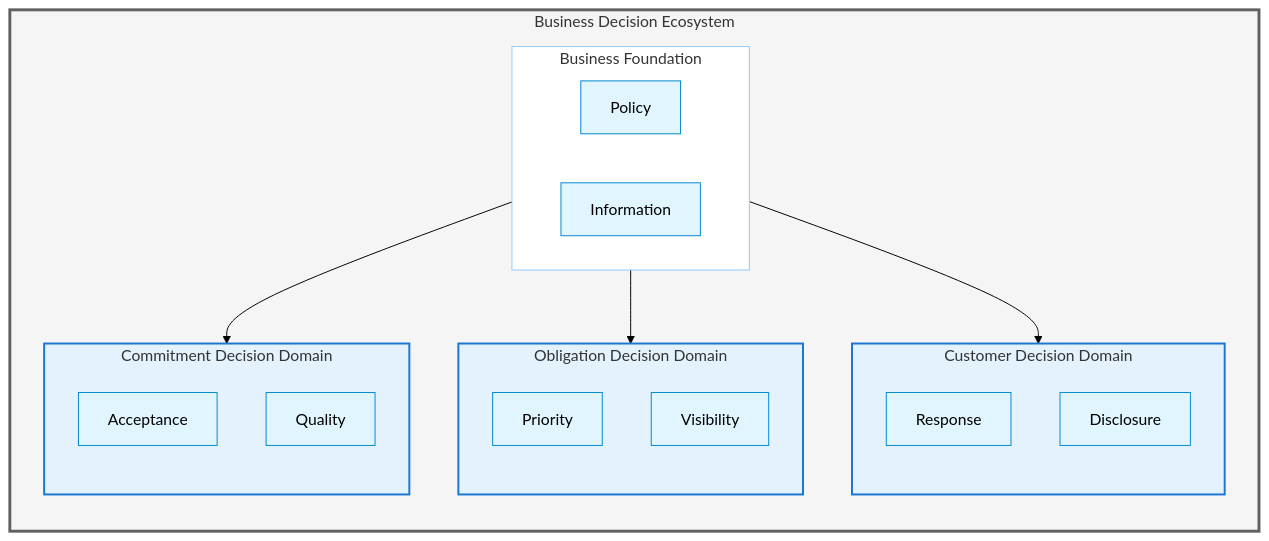
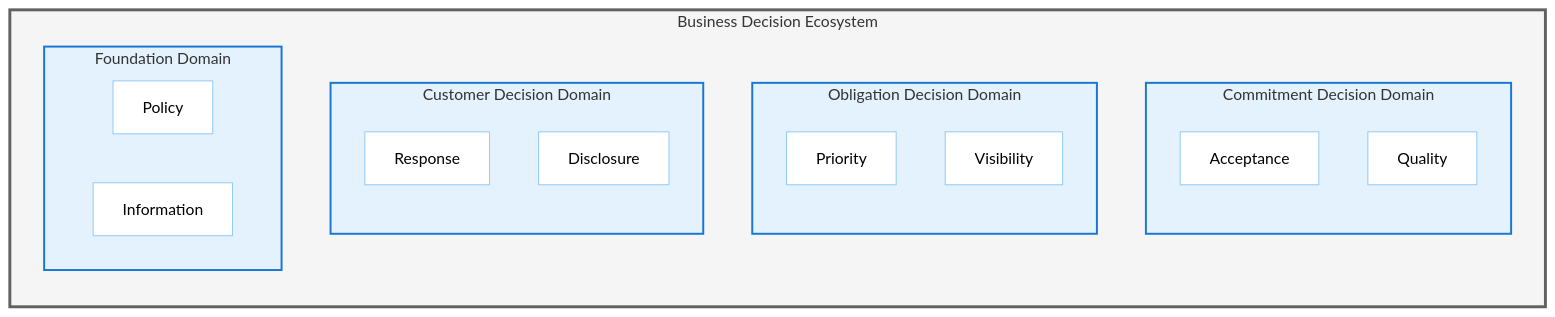
Before and after one commit to Evilazaro/Azure-LogicApps-Monitoring: the sixth of 8 diagrams in docs/architecture/01-business-architecture.md, drawn with Mermaid (forest theme). The commit also changed other lines of this file, not shown here.

Commit message:
Refactor Business Architecture document: update diagram structures and enforce non-sequential semantics for clarity and compliance

````diff
--- a/docs/architecture/01-business-architecture.md
+++ b/docs/architecture/01-business-architecture.md
@@ -658,44 +651,38 @@
 ```mermaid
 flowchart TB
     subgraph Decision_Ecosystem["Business Decision Ecosystem"]
         direction TB
 
         subgraph Commitment_Context["Commitment Decision Domain"]
             direction TB
             CD1["Acceptance"]
             CD2["Quality"]
         end
 
         subgraph Obligation_Context["Obligation Decision Domain"]
             direction TB
             OD1["Priority"]
             OD2["Visibility"]
         end
 
         subgraph Customer_Context["Customer Decision Domain"]
             direction TB
             CUD1["Response"]
             CUD2["Disclosure"]
         end
 
-        subgraph Business_Foundation["Business Foundation"]
+        subgraph Foundation_Context["Foundation Domain"]
             direction LR
             BF1["Policy"]
             BF2["Information"]
         end
-
-        Business_Foundation --> Commitment_Context
-        Business_Foundation --> Obligation_Context
-        Business_Foundation --> Customer_Context
     end
 
     classDef level1 fill:#f5f5f5,stroke:#616161,stroke-width:3px
     classDef level2 fill:#e3f2fd,stroke:#1976d2,stroke-width:2px
     classDef level3 fill:#ffffff,stroke:#90caf9,stroke-width:1px
-    classDef level4 fill:#e1f5fe,stroke:#0288d1,stroke-width:1px
 
     class Decision_Ecosystem level1
-    class Commitment_Context,Obligation_Context,Customer_Context level2
-    class Business_Foundation level3
-    class CD1,CD2,OD1,OD2,CUD1,CUD2,BF1,BF2 level4
+    class Commitment_Context,Obligation_Context,Customer_Context,Foundation_Context level2
+    class CD1,CD2,OD1,OD2,CUD1,CUD2,BF1,BF2 level3
 ```
````
